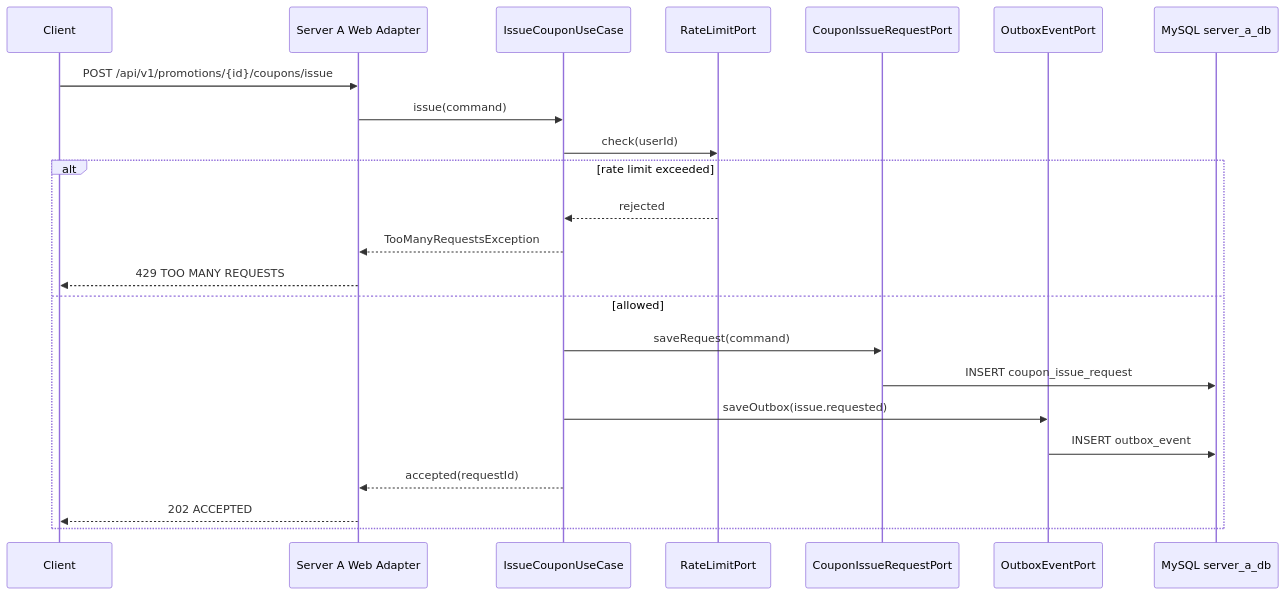
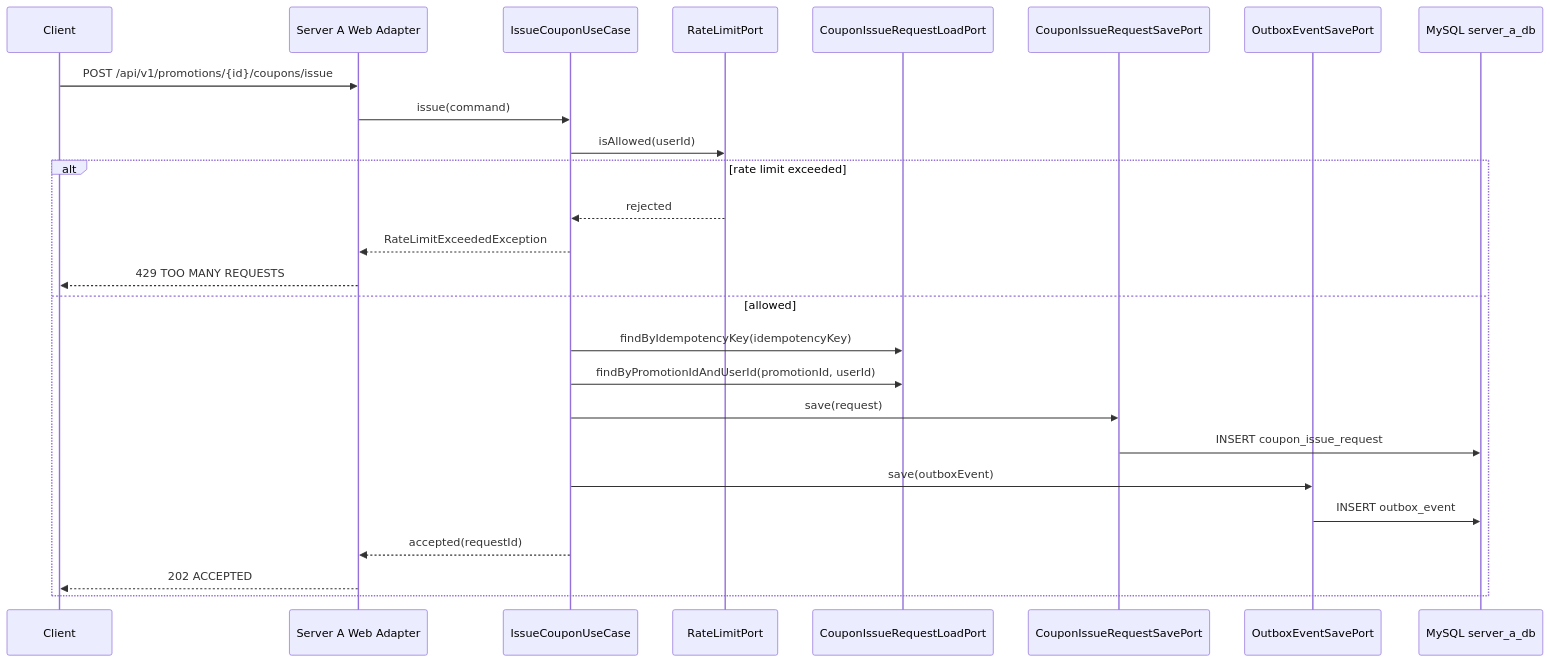
Before and after one commit to yht0827/promotion-dispatcher: the first of 8 diagrams in docs/02-sequence-diagrams.md, drawn with Mermaid. The commit also changed other lines of this file and 3 other files, not shown here.

````diff
--- a/docs/02-sequence-diagrams.md
+++ b/docs/02-sequence-diagrams.md
@@ -19,27 +20,30 @@
 ```mermaid
 sequenceDiagram
     participant C as Client
     participant API as Server A Web Adapter
     participant UC as IssueCouponUseCase
     participant RL as RateLimitPort
-    participant RP as CouponIssueRequestPort
-    participant OP as OutboxEventPort
+    participant RLP as CouponIssueRequestLoadPort
+    participant RSP as CouponIssueRequestSavePort
+    participant OSP as OutboxEventSavePort
     participant DB as MySQL server_a_db
 
     C->>API: POST /api/v1/promotions/{id}/coupons/issue
     API->>UC: issue(command)
-    UC->>RL: check(userId)
+    UC->>RL: isAllowed(userId)
 
     alt rate limit exceeded
         RL-->>UC: rejected
-        UC-->>API: TooManyRequestsException
+        UC-->>API: RateLimitExceededException
         API-->>C: 429 TOO MANY REQUESTS
     else allowed
-        UC->>RP: saveRequest(command)
-        RP->>DB: INSERT coupon_issue_request
-        UC->>OP: saveOutbox(issue.requested)
-        OP->>DB: INSERT outbox_event
+        UC->>RLP: findByIdempotencyKey(idempotencyKey)
+        UC->>RLP: findByPromotionIdAndUserId(promotionId, userId)
+        UC->>RSP: save(request)
+        RSP->>DB: INSERT coupon_issue_request
+        UC->>OSP: save(outboxEvent)
+        OSP->>DB: INSERT outbox_event
         UC-->>API: accepted(requestId)
         API-->>C: 202 ACCEPTED
     end
 ```
````
